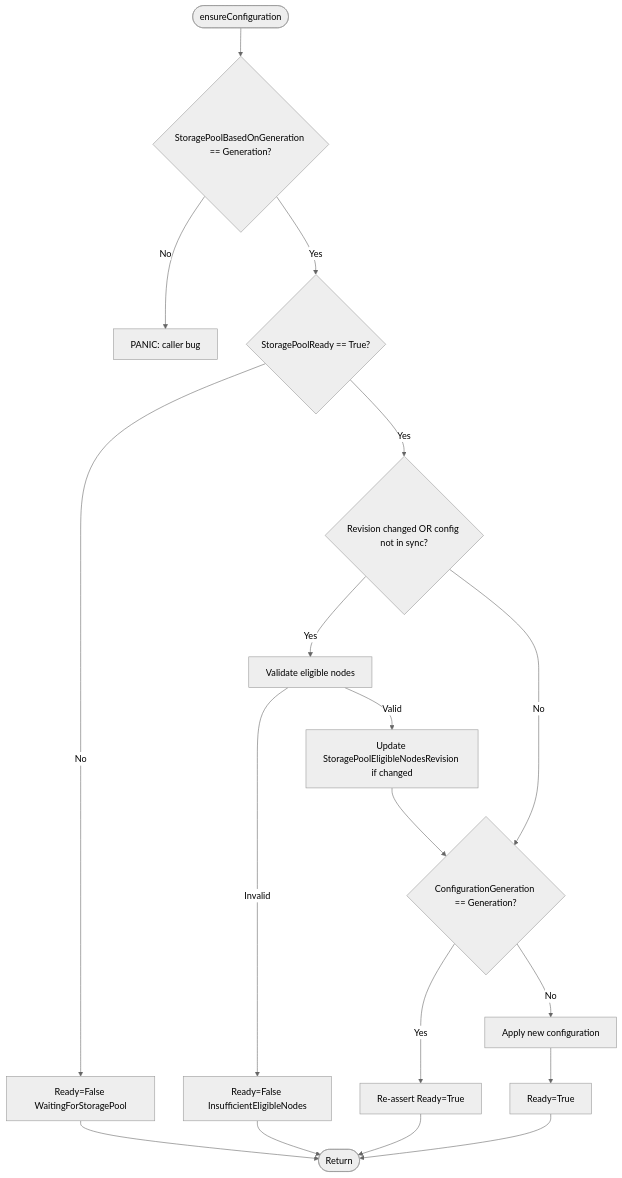
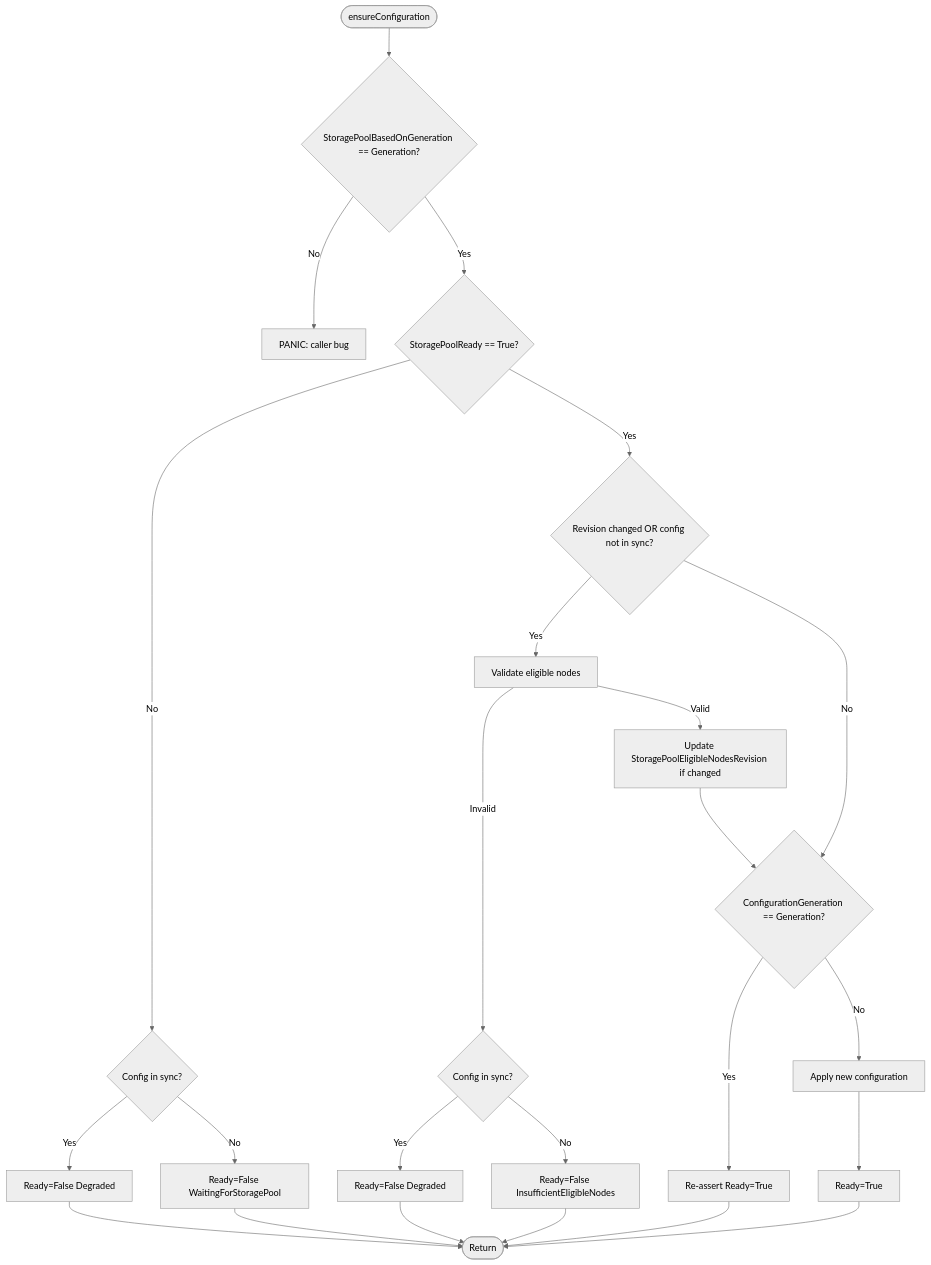
Before and after one commit to deckhouse/sds-replicated-volume: the fifth of 9 diagrams in images/controller/internal/controllers/rsc_controller/README.md, drawn with Mermaid (neutral theme). The commit also changed other lines of this file and 12 other files, not shown here.

````diff
--- a/images/controller/internal/controllers/rsc_controller/README.md
+++ b/images/controller/internal/controllers/rsc_controller/README.md
@@ -446,20 +469,26 @@
 ```mermaid
 flowchart TD
     Start([ensureConfiguration]) --> CheckGen{StoragePoolBasedOnGeneration == Generation?}
     CheckGen -->|No| Panic[PANIC: caller bug]
     CheckGen -->|Yes| CheckSPReady{StoragePoolReady == True?}
-    CheckSPReady -->|No| SetWaiting[Ready=False WaitingForStoragePool]
-    SetWaiting --> End([Return])
+    CheckSPReady -->|No| AcceptedSP{Config in sync?}
+    AcceptedSP -->|Yes| SetDegradedSP[Ready=False Degraded]
+    AcceptedSP -->|No| SetWaiting[Ready=False WaitingForStoragePool]
+    SetDegradedSP --> End([Return])
+    SetWaiting --> End
     CheckSPReady -->|Yes| NeedsValidation{Revision changed OR config not in sync?}
     NeedsValidation -->|Yes| Validate[Validate eligible nodes]
     NeedsValidation -->|No| CheckConfigSync
-    Validate -->|Invalid| SetInvalid[Ready=False InsufficientEligibleNodes]
+    Validate -->|Invalid| AcceptedEN{Config in sync?}
+    AcceptedEN -->|Yes| SetDegradedEN[Ready=False Degraded]
+    AcceptedEN -->|No| SetInvalid[Ready=False InsufficientEligibleNodes]
+    SetDegradedEN --> End
     SetInvalid --> End
     Validate -->|Valid| UpdateRevision[Update StoragePoolEligibleNodesRevision if changed]
     UpdateRevision --> CheckConfigSync{ConfigurationGeneration == Generation?}
     CheckConfigSync -->|Yes| ReAssertReady[Re-assert Ready=True]
     ReAssertReady --> End
     CheckConfigSync -->|No| ApplyConfig[Apply new configuration]
     ApplyConfig --> SetReady[Ready=True]
     SetReady --> End
 ```
````
